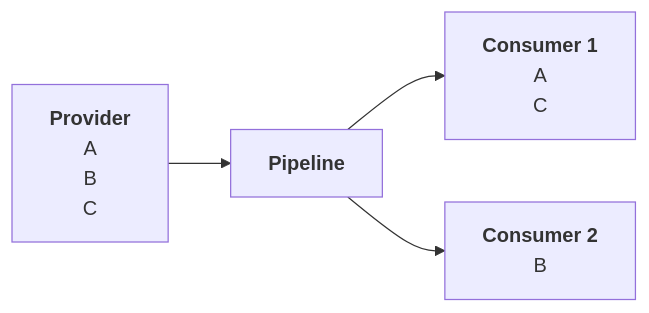
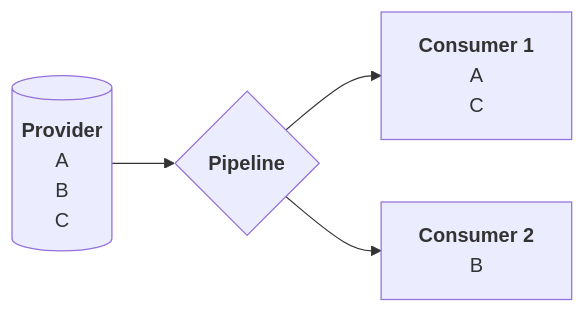
Before and after one commit to VirtualMetric/virtualmetric-docs: the third of 6 diagrams in docs/admin/pipelines/overview.mdx, drawn with Mermaid. The commit also changed other lines of this file and 3 other files, not shown here.

Commit message:
Edits on graphics

````diff
--- a/docs/admin/pipelines/overview.mdx
+++ b/docs/admin/pipelines/overview.mdx
@@ -61,21 +61,21 @@
 ```mermaid
 %%{init: {"flowchart": {"htmlLabels": false}}}%%
 flowchart LR
-	provider["`**Provider**
+	provider[("`**Provider**
     A
     B
     C
-  `"]
- 	pipeline["`**Pipeline**`"]
+  `")]
+ 	pipeline{"`**Pipeline**`"}
 	consumer1["`**Consumer 1**
     A
     C
   `"]
 	consumer2["`**Consumer 2**
     B
   `"]
 	provider --> pipeline;
   pipeline --> consumer1;
   pipeline --> consumer2;
 
 ```
````
